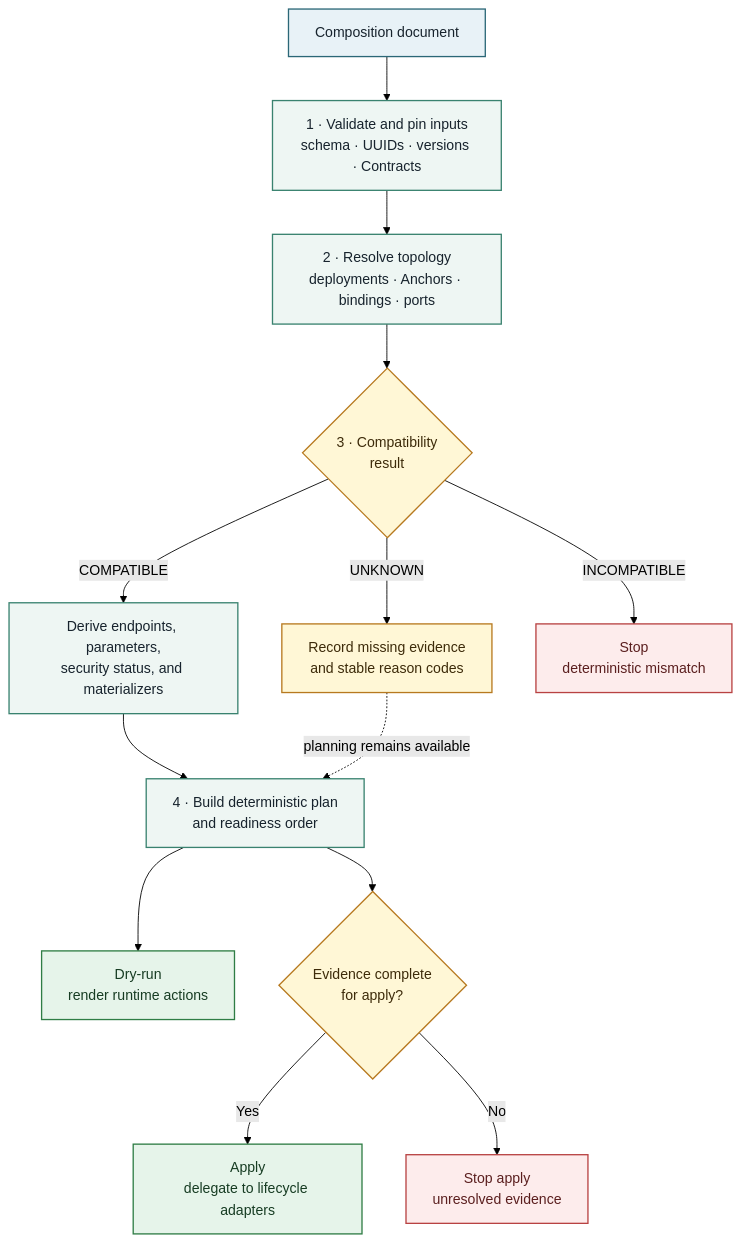
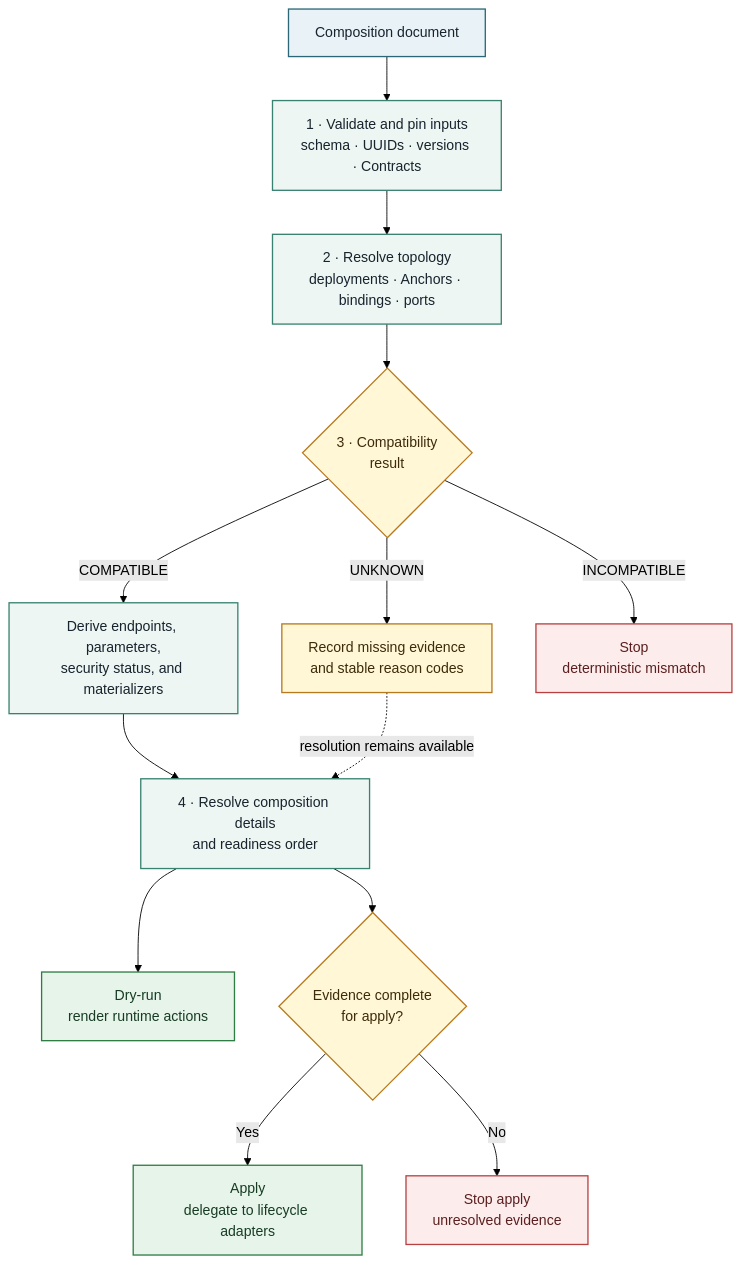
One commit to MARE-EU-Project/DOT-Docs changed the diagram in DOT-Design/next/dot-design/_attachments/diagrams/composition-resolution-pipeline.mmd. Above: the diagram before and after it, drawn with Mermaid (forest theme). The commit also changed 35 other files, not shown here.

```diff
--- a/DOT-Design/next/dot-design/_attachments/diagrams/composition-resolution-pipeline.mmd
+++ b/DOT-Design/next/dot-design/_attachments/diagrams/composition-resolution-pipeline.mmd
@@ -1,31 +1,31 @@
 flowchart TD
   accTitle: Fail-closed composition resolution pipeline
-  accDescr: The composer validates and pins its inputs, resolves Anchor bindings, evaluates compatibility, produces a deterministic evidence-bearing plan, and permits apply only when evidence is complete.
+  accDescr: The composer validates and pins its inputs, resolves Anchor bindings, evaluates compatibility, produces a deterministic evidence-bearing resolved composition, and permits apply only when evidence is complete.
 
   Source["Composition document"] --> Validate["1 · Validate and pin inputs<br/>schema · UUIDs · versions · Contracts"]
   Validate --> Resolve["2 · Resolve topology<br/>deployments · Anchors · bindings · ports"]
   Resolve --> Compatibility{"3 · Compatibility<br/>result"}
 
   Compatibility -->|COMPATIBLE| Derive["Derive endpoints, parameters,<br/>security status, and materializers"]
   Compatibility -->|UNKNOWN| Explain["Record missing evidence<br/>and stable reason codes"]
   Compatibility -->|INCOMPATIBLE| Reject["Stop<br/>deterministic mismatch"]
 
-  Derive --> Plan["4 · Build deterministic plan<br/>and readiness order"]
-  Explain -.->|planning remains available| Plan
-  Plan --> DryRun["Dry-run<br/>render runtime actions"]
-  Plan --> Gate{"Evidence complete<br/>for apply?"}
+  Derive --> Resolution["4 · Resolve composition details<br/>and readiness order"]
+  Explain -.->|resolution remains available| Resolution
+  Resolution --> DryRun["Dry-run<br/>render runtime actions"]
+  Resolution --> Gate{"Evidence complete<br/>for apply?"}
   Gate -->|Yes| Apply["Apply<br/>delegate to lifecycle adapters"]
   Gate -->|No| ApplyReject["Stop apply<br/>unresolved evidence"]
 
   classDef input fill:#e8f2f7,stroke:#2b6777,color:#17232d,stroke-width:1.5px;
   classDef process fill:#eef6f3,stroke:#39826f,color:#17232d,stroke-width:1.5px;
   classDef decision fill:#fff7d6,stroke:#b7791f,color:#3d2b0a,stroke-width:1.5px;
   classDef success fill:#e6f4ea,stroke:#2f7d45,color:#173c23,stroke-width:1.5px;
   classDef caution fill:#fff7d6,stroke:#b7791f,color:#3d2b0a,stroke-width:1.5px;
   classDef failure fill:#fdecec,stroke:#b84242,color:#5b1f1f,stroke-width:1.5px;
   class Source input;
-  class Validate,Resolve,Derive,Plan process;
+  class Validate,Resolve,Derive,Resolution process;
   class Compatibility,Gate decision;
   class DryRun,Apply success;
   class Explain caution;
   class Reject,ApplyReject failure;
```
